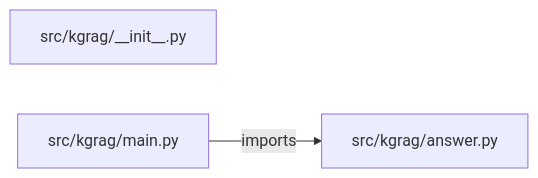
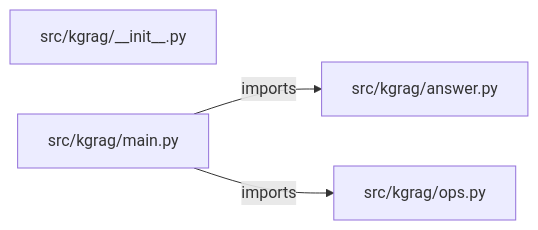
One commit to iarsingh/knowledge-graph-rag-system changed the diagram in PROJECT_ARCHITECTURE.md. Above: the diagram before and after it, drawn with Mermaid. The commit also changed other lines of this file and 2 other files, not shown here.

Commit message:
Refresh architecture and interview guides from current implementation

````diff
--- a/PROJECT_ARCHITECTURE.md
+++ b/PROJECT_ARCHITECTURE.md
@@ -13,7 +13,9 @@
 ```mermaid
 flowchart LR
     M0["src/kgrag/__init__.py"]
     M1["src/kgrag/answer.py"]
     M2["src/kgrag/main.py"]
+    M3["src/kgrag/ops.py"]
     M2 -->|imports| M1
+    M2 -->|imports| M3
 ```
````
